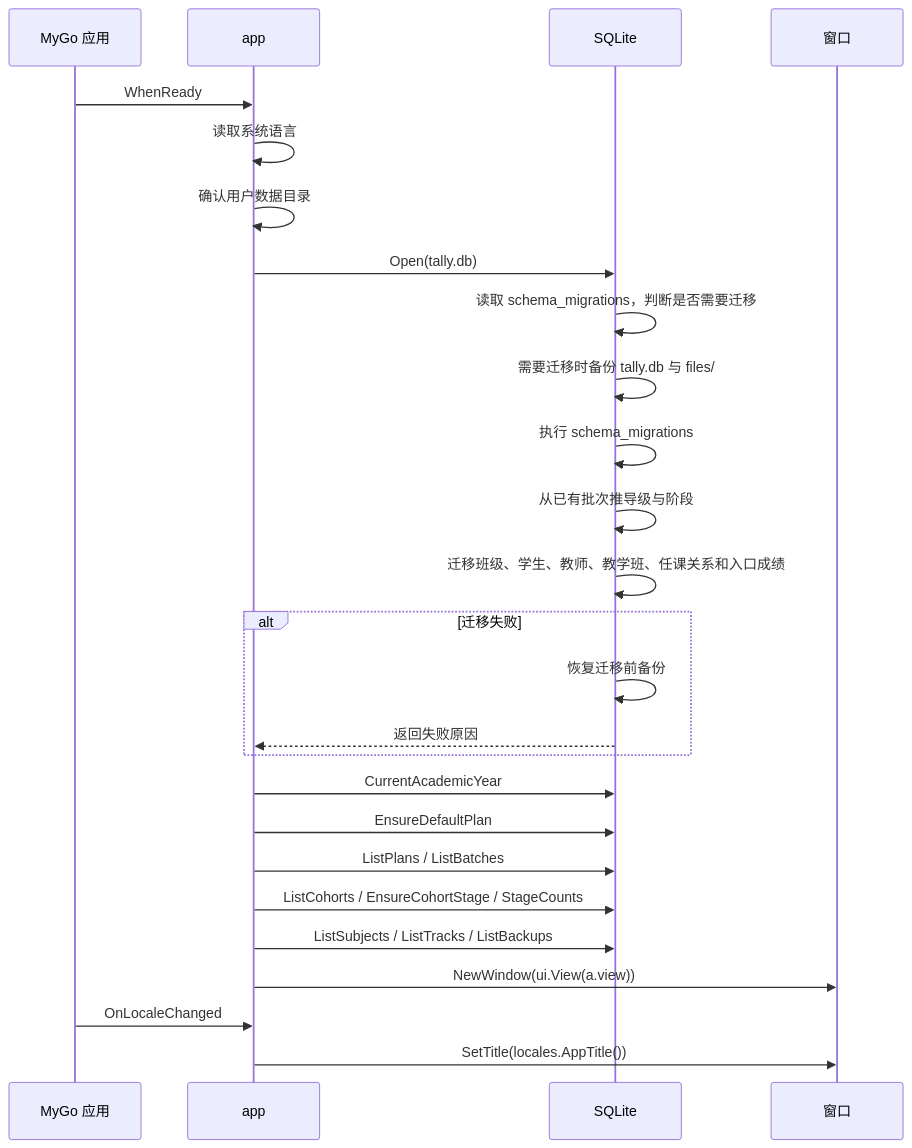
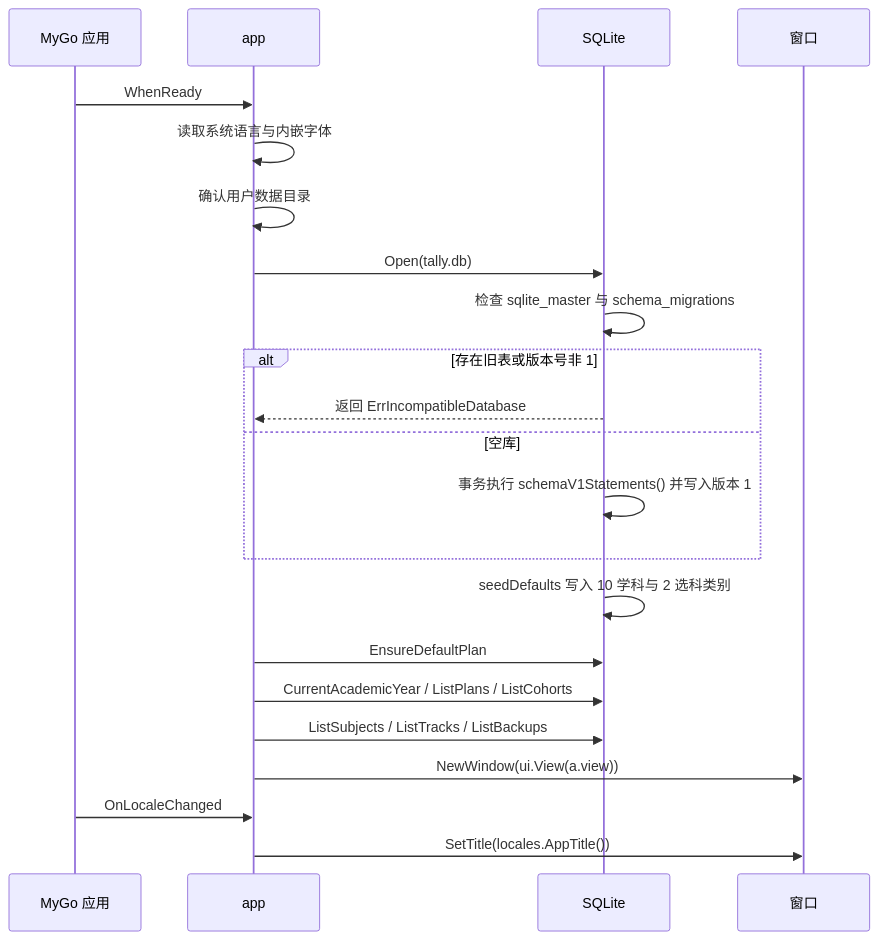
One commit to SivonLi/Tally changed the second of 6 diagrams in docs/system-design.md. Above: the diagram before and after it, drawn with Mermaid. The commit also changed other lines of this file and 2 other files, not shown here.

First line of the commit message:
docs: 同步 Schema v1 与全校档案界面的设计文档

````diff
--- a/docs/system-design.md
+++ b/docs/system-design.md
@@ -185,28 +107,24 @@
 ```mermaid
 sequenceDiagram
   participant App as MyGo 应用
   participant A as app
   participant DB as SQLite
   participant UI as 窗口
   App->>A: WhenReady
-  A->>A: 读取系统语言
+  A->>A: 读取系统语言与内嵌字体
   A->>A: 确认用户数据目录
   A->>DB: Open(tally.db)
-  DB->>DB: 读取 schema_migrations，判断是否需要迁移
-  DB->>DB: 需要迁移时备份 tally.db 与 files/
-  DB->>DB: 执行 schema_migrations
-  DB->>DB: 从已有批次推导级与阶段
-  DB->>DB: 迁移班级、学生、教师、教学班、任课关系和入口成绩
-  alt 迁移失败
-    DB->>DB: 恢复迁移前备份
-    DB-->>A: 返回失败原因
+  DB->>DB: 检查 sqlite_master 与 schema_migrations
+  alt 存在旧表或版本号非 1
+    DB-->>A: 返回 ErrIncompatibleDatabase
+  else 空库
+    DB->>DB: 事务执行 schemaV1Statements() 并写入版本 1
   end
-  A->>DB: CurrentAcademicYear
+  DB->>DB: seedDefaults 写入 10 学科与 2 选科类别
   A->>DB: EnsureDefaultPlan
-  A->>DB: ListPlans / ListBatches
-  A->>DB: ListCohorts / EnsureCohortStage / StageCounts
+  A->>DB: CurrentAcademicYear / ListPlans / ListCohorts
   A->>DB: ListSubjects / ListTracks / ListBackups
   A->>UI: NewWindow(ui.View(a.view))
   App->>A: OnLocaleChanged
   A->>UI: SetTitle(locales.AppTitle())
 ```
````
